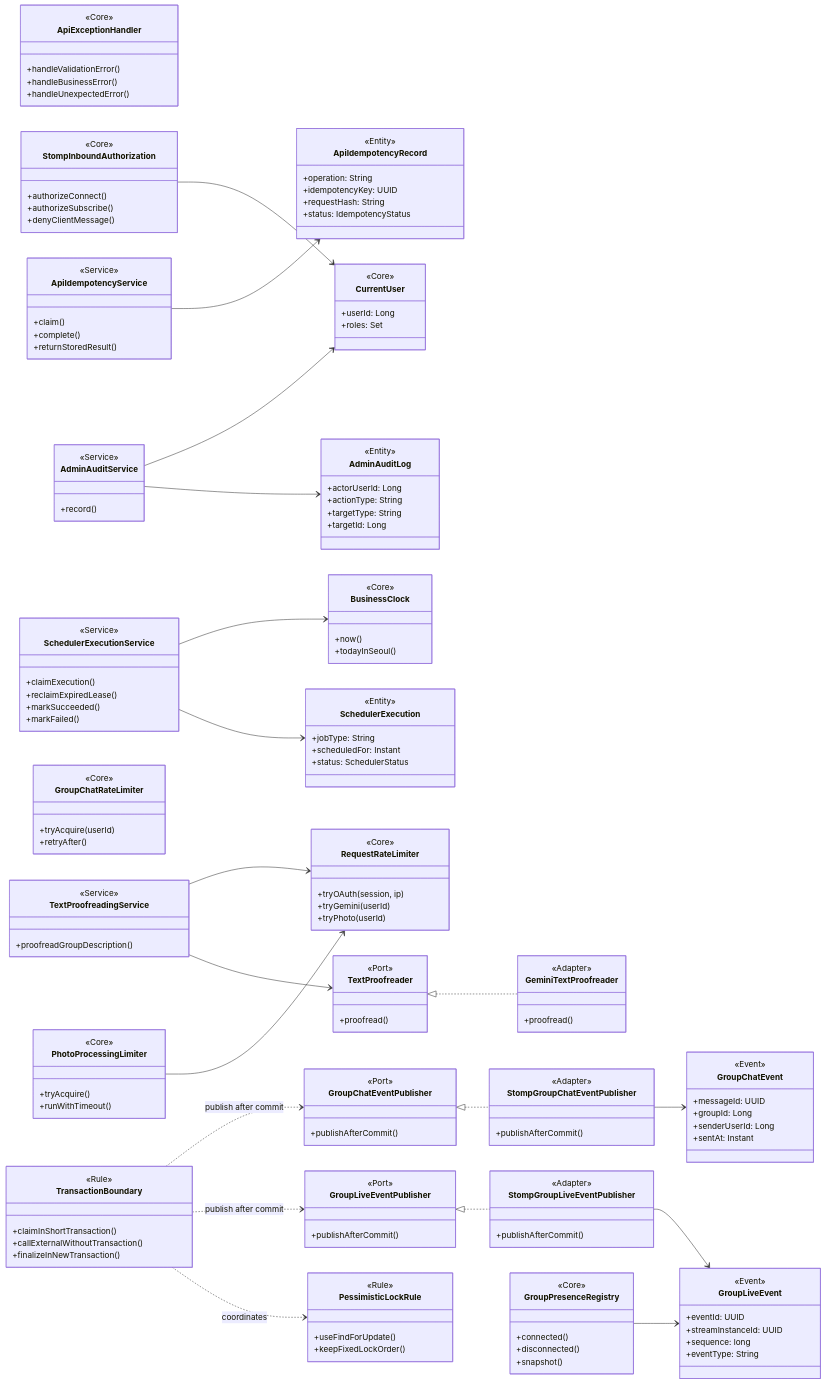
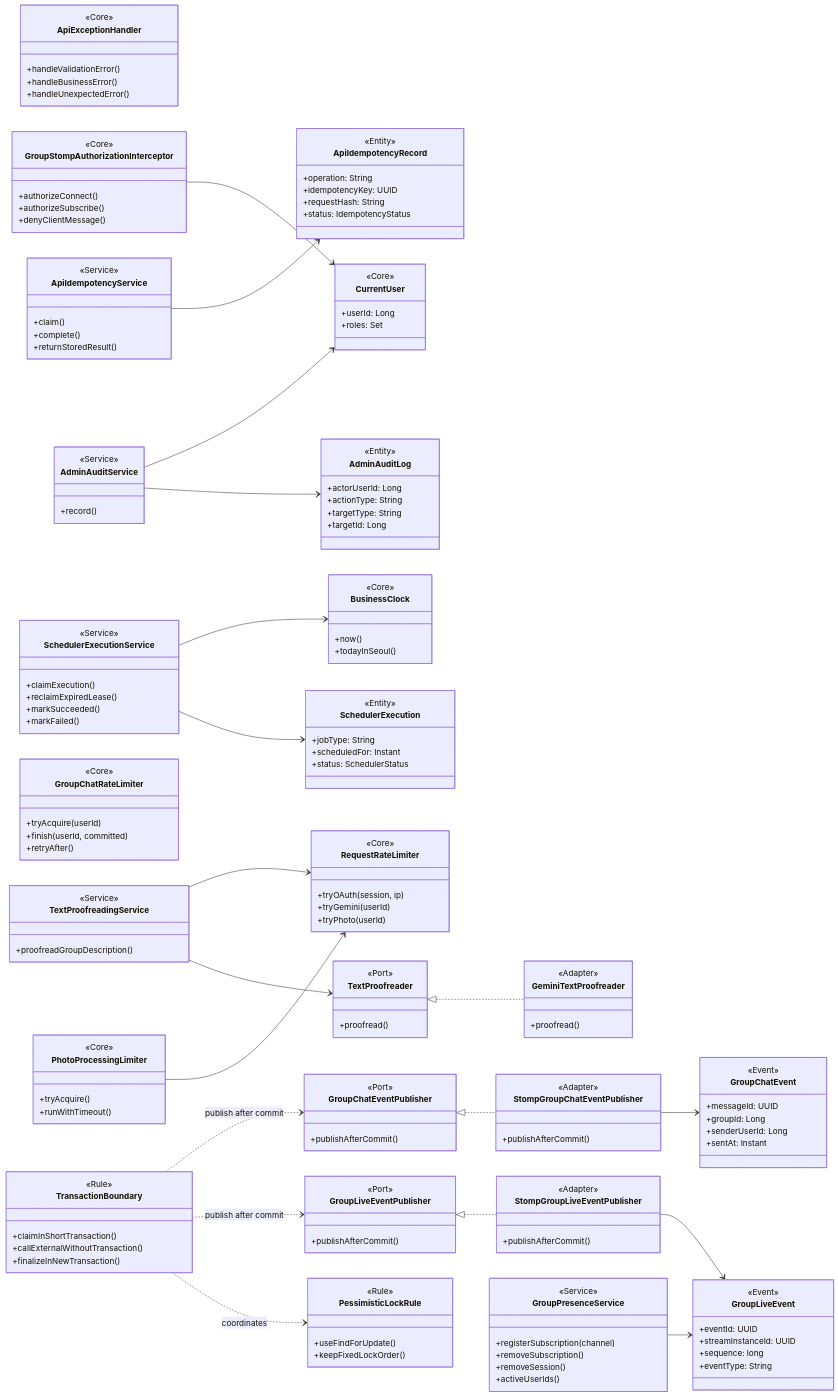
The fourth of 4 diagrams in docs/class-diagram.md (heebaek200/shared-creature-game), drawn with Mermaid before and after one commit. The commit also changed other lines of this file and 7 other files, not shown here.

```diff
--- a/docs/class-diagram.md
+++ b/docs/class-diagram.md
@@ -681,11 +681,12 @@
         <<Adapter>>
         +publishAfterCommit()
     }
-    class GroupPresenceRegistry {
-        <<Core>>
-        +connected()
-        +disconnected()
-        +snapshot()
+    class GroupPresenceService {
+        <<Service>>
+        +registerSubscription(channel)
+        +removeSubscription()
+        +removeSession()
+        +activeUserIds()
     }
     class RequestRateLimiter {
         <<Core>>
@@ -696,9 +697,10 @@
     class GroupChatRateLimiter {
         <<Core>>
         +tryAcquire(userId)
+        +finish(userId, committed)
         +retryAfter()
     }
-    class StompInboundAuthorization {
+    class GroupStompAuthorizationInterceptor {
         <<Core>>
         +authorizeConnect()
         +authorizeSubscribe()
@@ -752,14 +754,14 @@
     StompGroupLiveEventPublisher --> GroupLiveEvent
     GroupChatEventPublisher <|.. StompGroupChatEventPublisher
     StompGroupChatEventPublisher --> GroupChatEvent
-    GroupPresenceRegistry --> GroupLiveEvent
+    GroupPresenceService --> GroupLiveEvent
     SchedulerExecutionService --> SchedulerExecution
     AdminAuditService --> AdminAuditLog
     ApiIdempotencyService --> ApiIdempotencyRecord
     TextProofreadingService --> TextProofreader
     TextProofreadingService --> RequestRateLimiter
     TextProofreader <|.. GeminiTextProofreader
-    StompInboundAuthorization --> CurrentUser
+    GroupStompAuthorizationInterceptor --> CurrentUser
     PhotoProcessingLimiter --> RequestRateLimiter
     SchedulerExecutionService --> BusinessClock
     AdminAuditService --> CurrentUser
```
